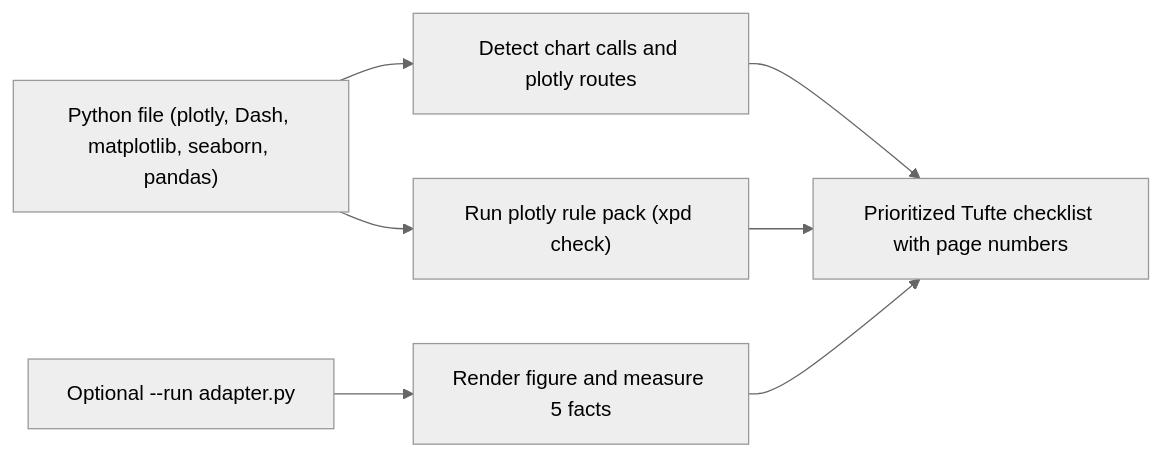
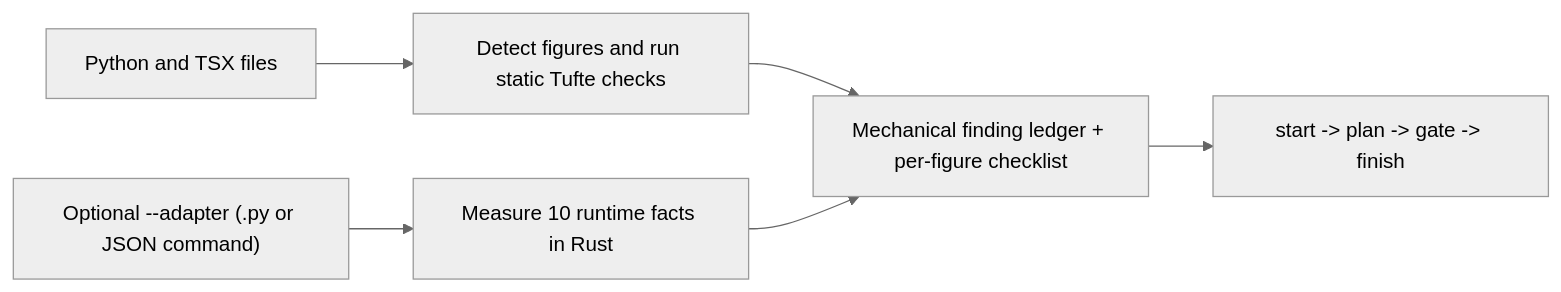
Before and after one commit to bjoernaagaard/xpd: the diagram in website/src/content/docs/guides/chart-review.md, drawn with Mermaid (neutral theme). The commit also changed other lines of this file and 30 other files, not shown here.

First line of the commit message:
Turn chart-review into a Duroxide ledger with table and React/TS support

````diff
--- a/website/src/content/docs/guides/chart-review.md
+++ b/website/src/content/docs/guides/chart-review.md
@@ -10,9 +10,8 @@
 ```mermaid
 flowchart LR
-    File["Python file (plotly, Dash, matplotlib, seaborn, pandas)"] --> Detect["Detect chart calls and plotly routes"]
-    File --> Lint["Run plotly rule pack (xpd check)"]
-    Adapter["Optional --run adapter.py"] --> Measure["Render figure and measure 5 facts"]
-    Detect --> Report["Prioritized Tufte checklist with page numbers"]
-    Lint --> Report
-    Measure --> Report
+    Code["Python and TSX files"] --> Survey["Detect figures and run static Tufte checks"]
+    Adapter["Optional --adapter (.py or JSON command)"] --> Runtime["Measure 10 runtime facts in Rust"]
+    Survey --> Ledger["Mechanical finding ledger + per-figure checklist"]
+    Runtime --> Ledger
+    Ledger --> Loop["start -> plan -> gate -> finish"]
 ```
````
